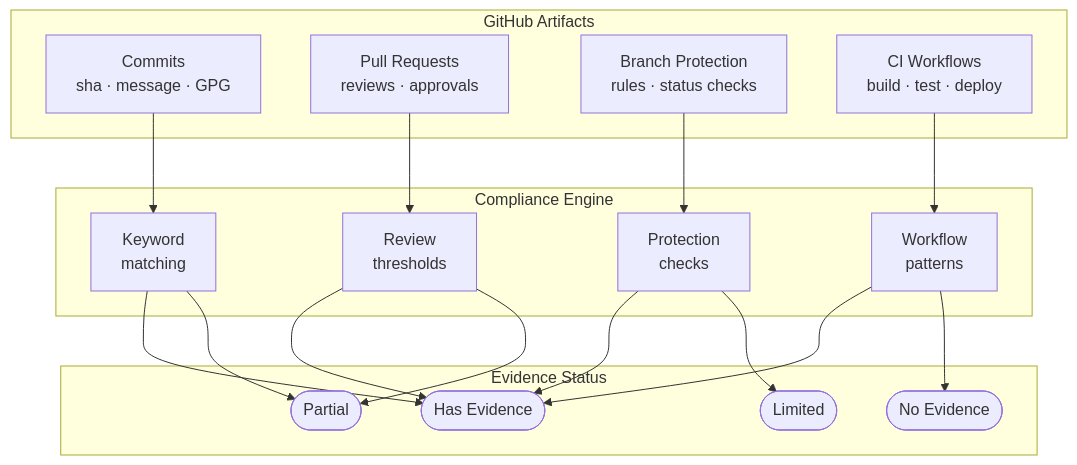
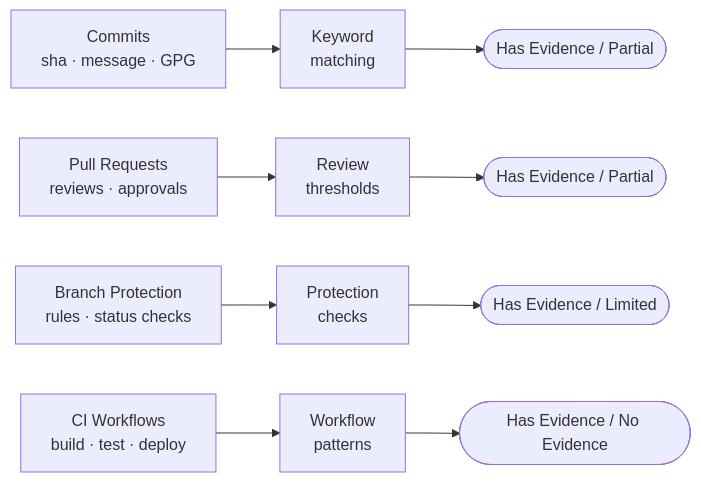
The tenth of 16 diagrams in README.md (JohnJohnW/audittrail-dev), drawn with Mermaid before and after one commit.

Commit message:
Fix evidence mapping diagram: eliminate crossing lines
Replace the shared HE node with four independent chains. The previous
TD layout with a shared Has Evidence node was non-planar — any layout
produces crossing lines when four sources at different positions all
converge on one target. Four parallel LR chains (Artifact → Analysis →
Outcomes) render with zero crossings and still convey the full range of
possible statuses per analysis method.

````diff
--- a/README.md
+++ b/README.md
@@ -449,33 +449,7 @@
 ```mermaid
-flowchart TD
-    subgraph Artifacts["GitHub Artifacts"]
-        C["Commits\nsha · message · GPG"]
-        PR["Pull Requests\nreviews · approvals"]
-        BP["Branch Protection\nrules · status checks"]
-        CI["CI Workflows\nbuild · test · deploy"]
-    end
-
-    subgraph Engine["Compliance Engine"]
-        KW["Keyword\nmatching"]
-        RC["Review\nthresholds"]
-        BP2["Protection\nchecks"]
-        WF["Workflow\npatterns"]
-    end
-
-    subgraph Status["Evidence Status"]
-        HE(["Has Evidence"])
-        PA(["Partial"])
-        LI(["Limited"])
-        NE(["No Evidence"])
-    end
-
-    C  --> KW
-    PR --> RC
-    BP --> BP2
-    CI --> WF
-
-    KW  --> HE & PA
-    RC  --> HE & PA
-    BP2 --> HE & LI
-    WF  --> HE & NE
+flowchart LR
+    C["Commits\nsha · message · GPG"]   --> KW["Keyword\nmatching"]   --> O1(["Has Evidence / Partial"])
+    PR["Pull Requests\nreviews · approvals"] --> RC["Review\nthresholds"]  --> O2(["Has Evidence / Partial"])
+    BP["Branch Protection\nrules · status checks"] --> BP2["Protection\nchecks"] --> O3(["Has Evidence / Limited"])
+    CI["CI Workflows\nbuild · test · deploy"]  --> WF["Workflow\npatterns"]  --> O4(["Has Evidence / No Evidence"])
 ```
````
